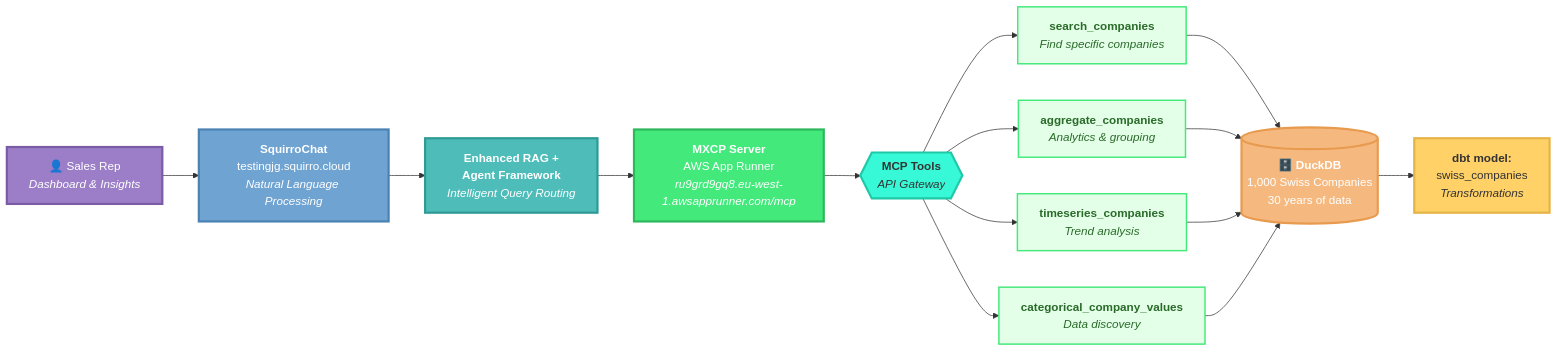
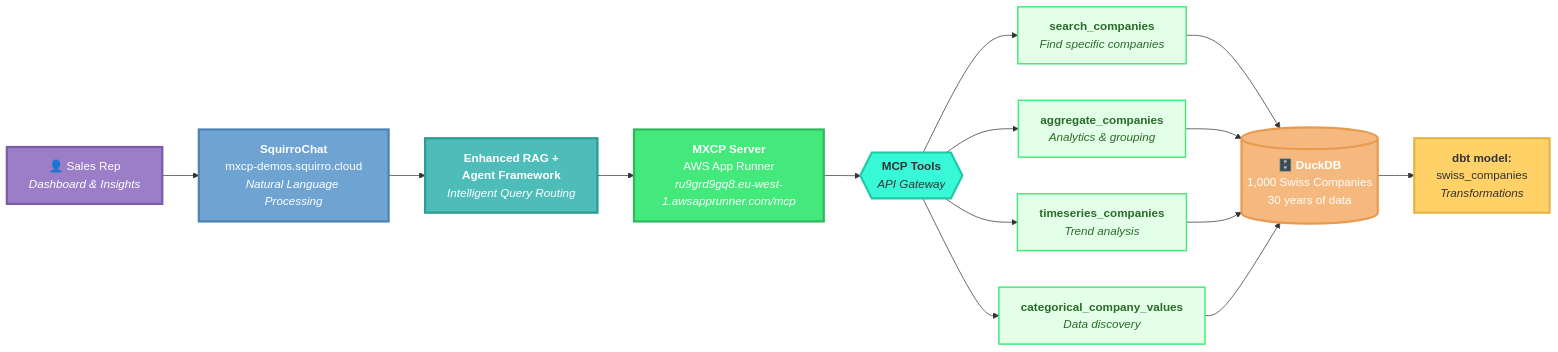
The second of 2 diagrams in sales-enablement-guide.md (raw-labs/squirro-sales), drawn with Mermaid before and after one commit. The commit also changed other lines of this file, not shown here.

````diff
--- a/sales-enablement-guide.md
+++ b/sales-enablement-guide.md
@@ -244,46 +244,46 @@
 ```mermaid
 flowchart LR
     User["👤 Sales Rep<br/><i>Dashboard & Insights</i>"]
-    SC["<b>SquirroChat</b><br/>testingjg.squirro.cloud<br/><i>Natural Language Processing</i>"]
+    SC["<b>SquirroChat</b><br/>mxcp-demos.squirro.cloud<br/><i>Natural Language Processing</i>"]
     RAG["<b>Enhanced RAG +<br/>Agent Framework</b><br/><i>Intelligent Query Routing</i>"]
     MXCP["<b>MXCP Server</b><br/>AWS App Runner<br/><i>ru9grd9gq8.eu-west-1.awsapprunner.com/mcp</i>"]
     Tools{{"<b>MCP Tools</b><br/><i>API Gateway</i>"}}
     T1["<b>search_companies</b><br/><i>Find specific companies</i>"]
     T2["<b>aggregate_companies</b><br/><i>Analytics & grouping</i>"]
     T3["<b>timeseries_companies</b><br/><i>Trend analysis</i>"]
     T4["<b>categorical_company_values</b><br/><i>Data discovery</i>"]
     DB[("<b>🗄️ DuckDB</b><br/>1,000 Swiss Companies<br/>30 years of data")]
     DBT["<b>dbt model:</b><br/>swiss_companies<br/><i>Transformations</i>"]
     
     User --> SC
     SC --> RAG
     RAG --> MXCP
     MXCP --> Tools
     Tools --> T1
     Tools --> T2
     Tools --> T3
     Tools --> T4
     T1 --> DB
     T2 --> DB
     T3 --> DB
     T4 --> DB
     DB --> DBT
     
     classDef userClass fill:#9b7ec7,stroke:#7a5ba6,stroke-width:3px,color:#fff
     classDef squirroClass fill:#6fa3d2,stroke:#4a82b3,stroke-width:3px,color:#fff
     classDef ragClass fill:#4ebdb9,stroke:#2d9a96,stroke-width:3px,color:#fff
     classDef mxcpClass fill:#43e97b,stroke:#2eb85c,stroke-width:3px,color:#fff
     classDef toolsClass fill:#38f9d7,stroke:#1fc9a8,stroke-width:3px,color:#333
     classDef toolClass fill:#e3ffe7,stroke:#43e97b,stroke-width:2px,color:#2a6b2a
     classDef dbClass fill:#f5b97f,stroke:#e89a4f,stroke-width:3px,color:#fff
     classDef dbtClass fill:#ffd166,stroke:#e6b347,stroke-width:3px,color:#333
     
     class User userClass
     class SC squirroClass
     class RAG ragClass
     class MXCP mxcpClass
     class Tools toolsClass
     class T1,T2,T3,T4 toolClass
     class DB dbClass
     class DBT dbtClass
 ```
````
